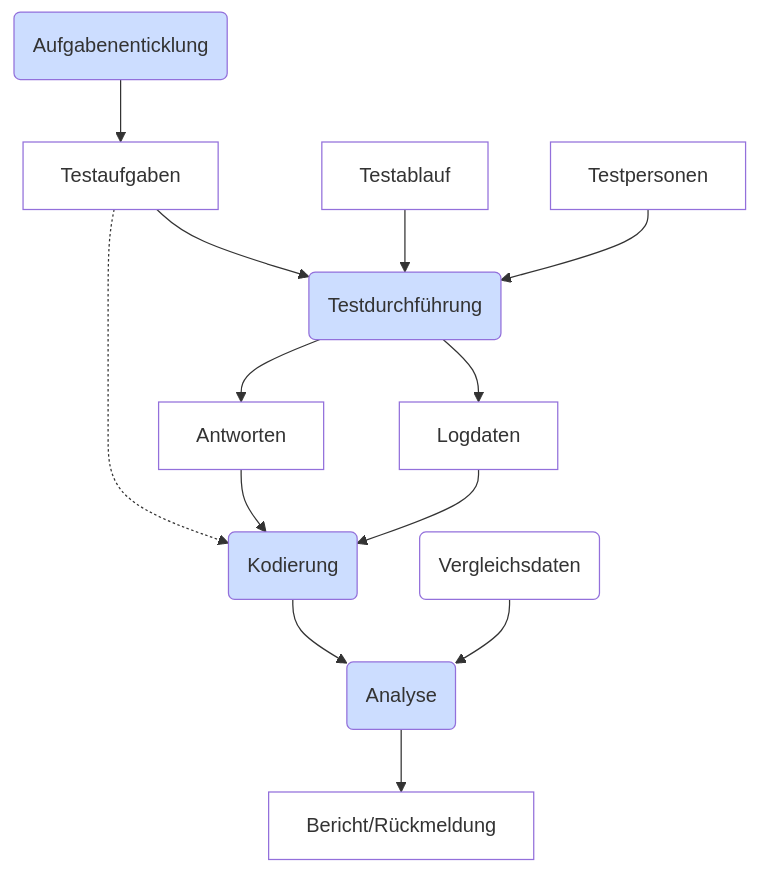
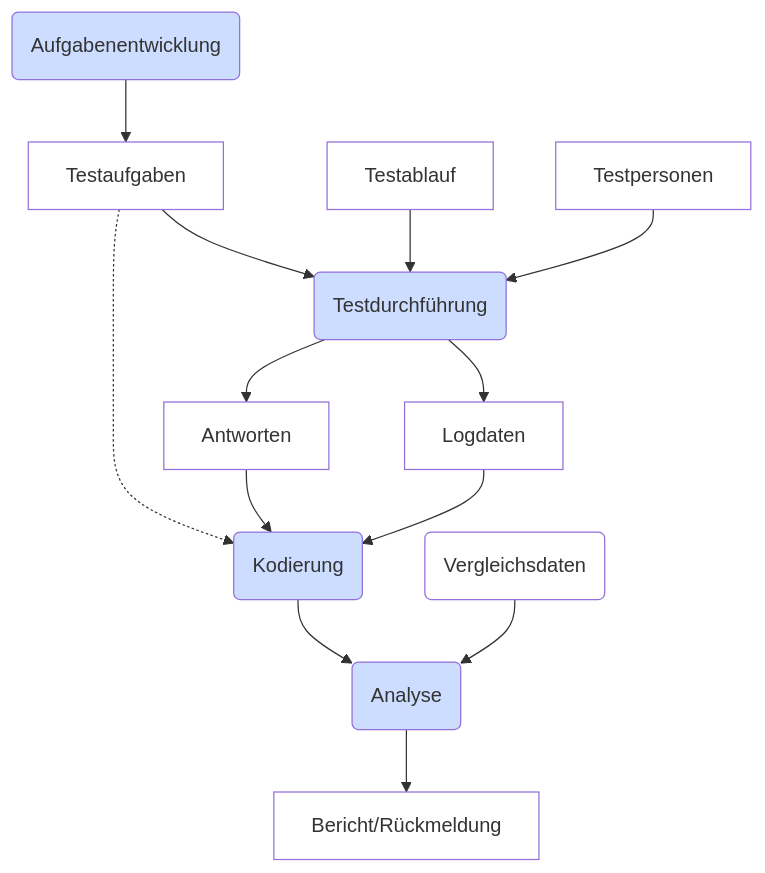
The second of 2 diagrams in Einfuehrung/index.qmd (iqb-berlin/tba-info), drawn with Mermaid before and after one commit. The commit also changed other lines of this file, not shown here.

````diff
--- a/Einfuehrung/index.qmd
+++ b/Einfuehrung/index.qmd
@@ -55,26 +55,26 @@
 ```{mermaid}
 flowchart TD
-    R(Aufgabenenticklung) --> H[Testaufgaben]
+    R(Aufgabenentwicklung) --> H[Testaufgaben]
     style R fill:#cdf
     style H fill:white
     H --> B
     G[Testablauf] --> B
     style G fill:white
     A[Testpersonen] --> B(Testdurchführung)
     style A fill:white
     style B fill:#cdf
     B --> K[Antworten]
     style K fill:white
     B --> J[Logdaten]
     style J fill:white
     H -.-> C(Kodierung)
     style C fill:#cdf
     K --> C
     J --> C
     C -->D(Analyse)
     style D fill:#cdf
     L(Vergleichsdaten) --> D
     style L fill:white
     D -->E[Bericht/Rückmeldung]
     style E fill:white
 ```
````
